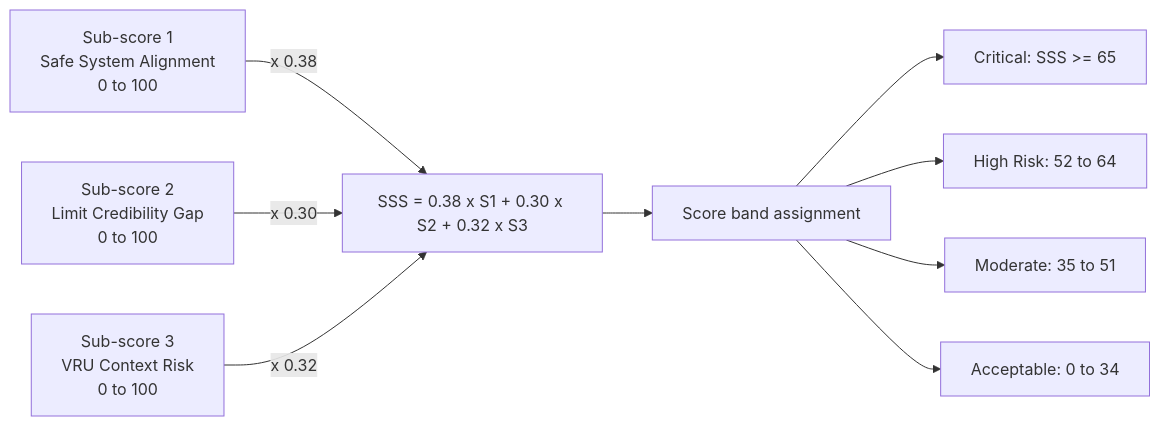
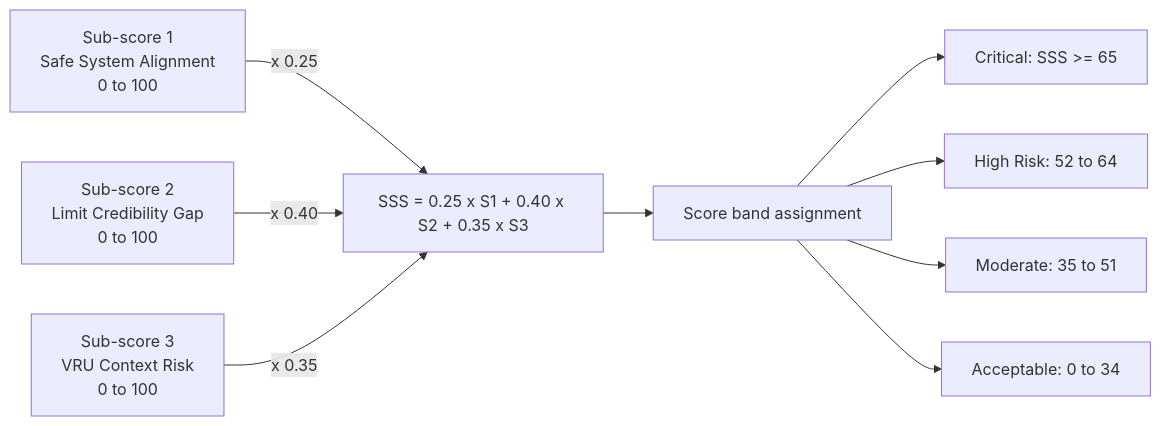
The ninth of 14 diagrams in WORKFLOW.md (simeonpalla/ai-safer-roads), drawn with Mermaid before and after one commit. The commit also changed other lines of this file and 2 other files, not shown here.

````diff
--- a/WORKFLOW.md
+++ b/WORKFLOW.md
@@ -364,11 +364,11 @@
 ```mermaid
 graph LR
-    S1["Sub-score 1<br/>Safe System Alignment<br/>0 to 100"] -->|"x 0.38"| SUM
-    S2["Sub-score 2<br/>Limit Credibility Gap<br/>0 to 100"] -->|"x 0.30"| SUM
-    S3["Sub-score 3<br/>VRU Context Risk<br/>0 to 100"] -->|"x 0.32"| SUM
-    SUM["SSS = 0.38 x S1 + 0.30 x S2 + 0.32 x S3"] --> BAND["Score band assignment"]
+    S1["Sub-score 1<br/>Safe System Alignment<br/>0 to 100"] -->|"x 0.25"| SUM
+    S2["Sub-score 2<br/>Limit Credibility Gap<br/>0 to 100"] -->|"x 0.40"| SUM
+    S3["Sub-score 3<br/>VRU Context Risk<br/>0 to 100"] -->|"x 0.35"| SUM
+    SUM["SSS = 0.25 x S1 + 0.40 x S2 + 0.35 x S3"] --> BAND["Score band assignment"]
     BAND --> C["Critical: SSS >= 65"]
     BAND --> H["High Risk: 52 to 64"]
     BAND --> M["Moderate: 35 to 51"]
     BAND --> A["Acceptable: 0 to 34"]
 ```
````
